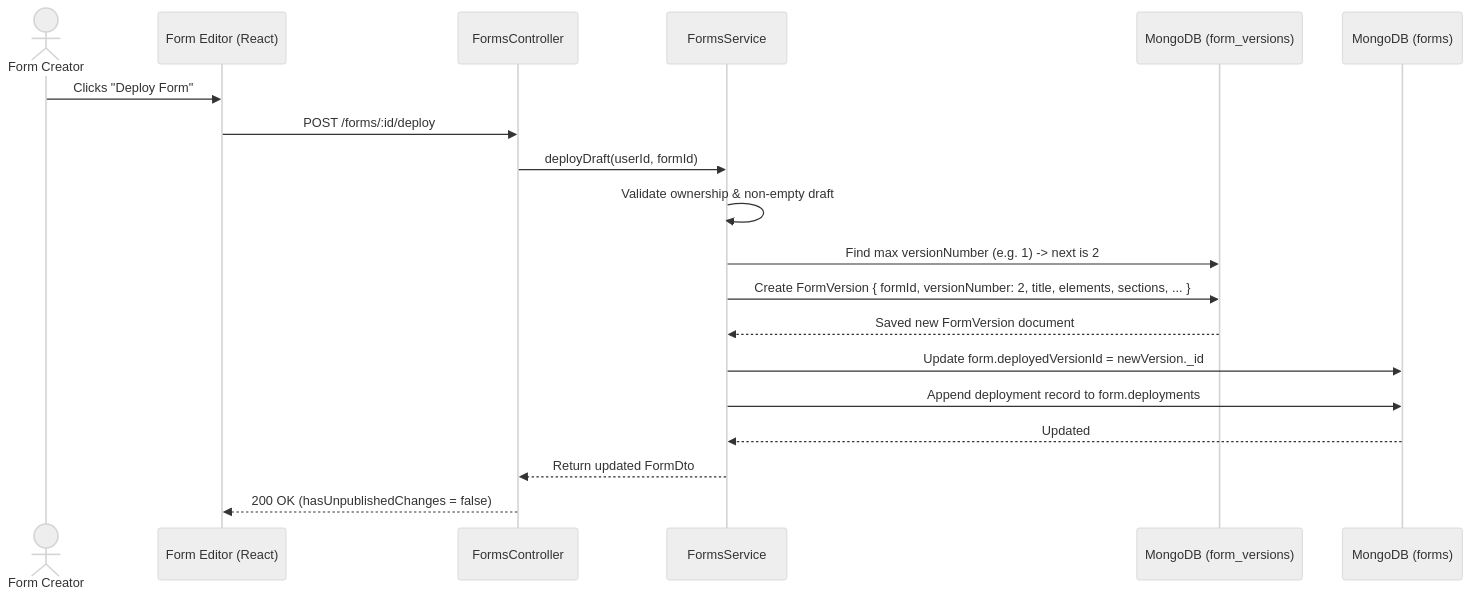
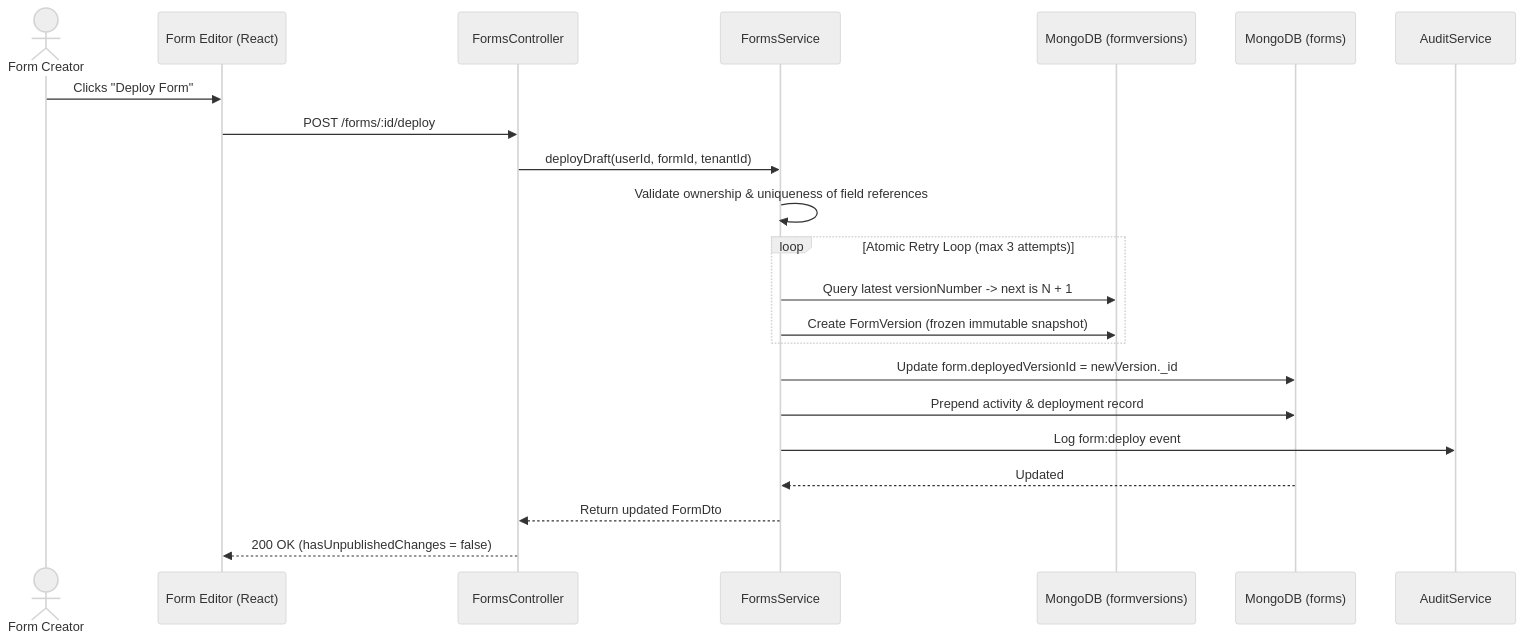
One commit to jasim-sct/machine-test changed the second of 3 diagrams in docs/architecture/data-flow.md. Above: the diagram before and after it, drawn with Mermaid (neutral theme). The commit also changed other lines of this file and 111 other files, not shown here.

````diff
--- a/docs/architecture/data-flow.md
+++ b/docs/architecture/data-flow.md
@@ -33,22 +33,25 @@
 ```mermaid
 sequenceDiagram
     actor Creator as Form Creator
     participant Editor as Form Editor (React)
     participant API as FormsController
     participant Service as FormsService
-    participant VModel as MongoDB (form_versions)
+    participant VModel as MongoDB (formversions)
     participant FModel as MongoDB (forms)
+    participant Audit as AuditService
 
     Creator->>Editor: Clicks "Deploy Form"
     Editor->>API: POST /forms/:id/deploy
-    API->>Service: deployDraft(userId, formId)
-    Service->>Service: Validate ownership & non-empty draft
-    Service->>VModel: Find max versionNumber (e.g. 1) -> next is 2
-    Service->>VModel: Create FormVersion { formId, versionNumber: 2, title, elements, sections, ... }
-    VModel-->>Service: Saved new FormVersion document
+    API->>Service: deployDraft(userId, formId, tenantId)
+    Service->>Service: Validate ownership & uniqueness of field references
+    loop Atomic Retry Loop (max 3 attempts)
+        Service->>VModel: Query latest versionNumber -> next is N + 1
+        Service->>VModel: Create FormVersion (frozen immutable snapshot)
+    end
     Service->>FModel: Update form.deployedVersionId = newVersion._id
-    Service->>FModel: Append deployment record to form.deployments
+    Service->>FModel: Prepend activity & deployment record
+    Service->>Audit: Log form:deploy event
     FModel-->>Service: Updated
     Service-->>API: Return updated FormDto
     API-->>Editor: 200 OK (hasUnpublishedChanges = false)
 ```
````
